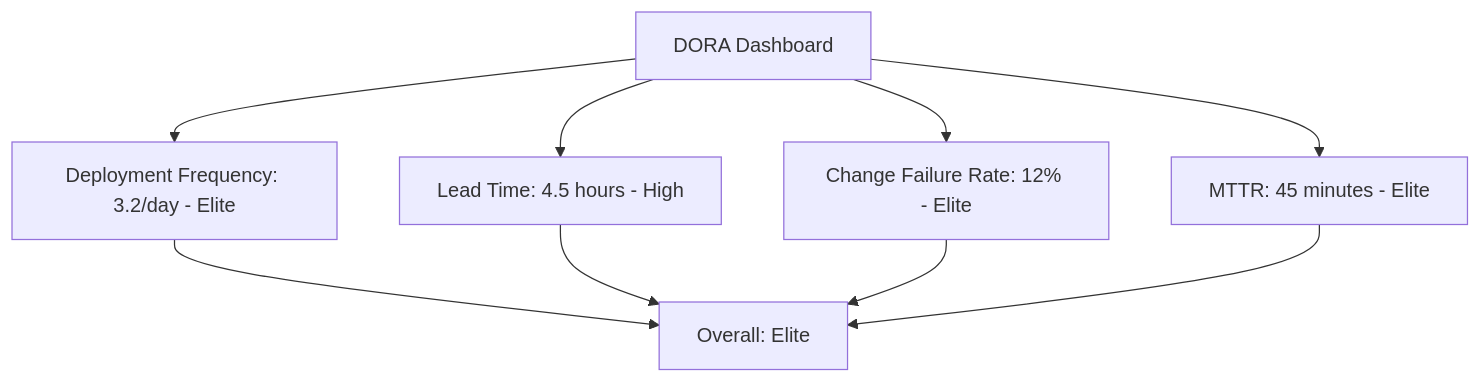
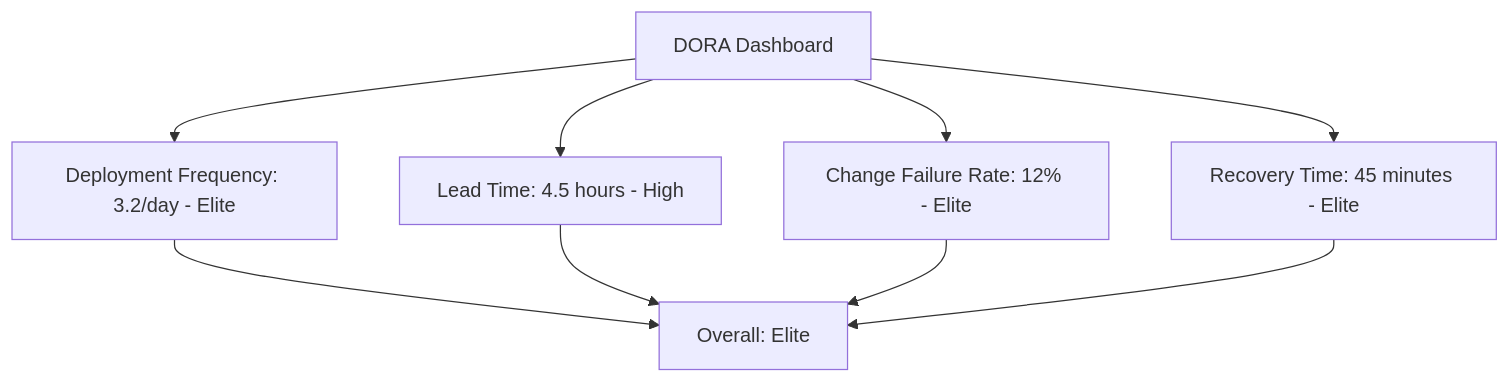
One commit to OneUptime/blog changed the fifth of 5 diagrams in posts/2026-02-20-devops-metrics-dora/README.md. Above: the diagram before and after it, drawn with Mermaid. The commit also changed other lines of this file and 2 other files, not shown here.

````diff
--- a/posts/2026-02-20-devops-metrics-dora/README.md
+++ b/posts/2026-02-20-devops-metrics-dora/README.md
@@ -372,11 +386,11 @@
 ```mermaid
 graph TD
     A[DORA Dashboard] --> B[Deployment Frequency: 3.2/day - Elite]
     A --> C[Lead Time: 4.5 hours - High]
     A --> D[Change Failure Rate: 12% - Elite]
-    A --> E[MTTR: 45 minutes - Elite]
+    A --> E[Recovery Time: 45 minutes - Elite]
     B --> F[Overall: Elite]
     C --> F
     D --> F
     E --> F
 ```
````
